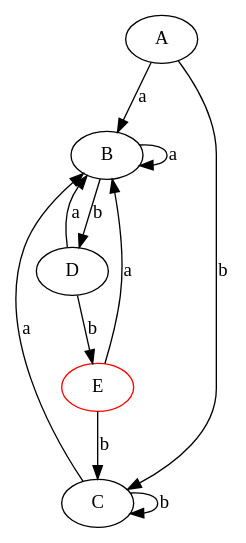
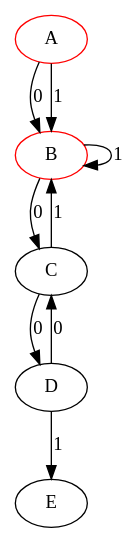
The diagram in TC/Construccion por SUbconjuntos/resultado.dot (ChrisChV/Semestre4), drawn with Graphviz before and after one commit. The commit also changed 28 other files, not shown here.

```diff
--- a/TC/Construccion por SUbconjuntos/resultado.dot
+++ b/TC/Construccion por SUbconjuntos/resultado.dot
@@ -1,18 +1,17 @@
 digraph{
+A [color = "green"];
 A
 B
 C
 D
-E
-A->B [label ="a"];
-A->C [label ="b"];
-B->B [label ="a"];
-B->D [label ="b"];
-C->B [label ="a"];
-C->C [label ="b"];
-D->B [label ="a"];
-D->E [label ="b"];
-E->B [label ="a"];
-E->C [label ="b"];
-E [color="red"]
+A->B [label ="0"];
+A->B [label ="1"];
+B->C [label ="0"];
+B->B [label ="1"];
+C->D [label ="0"];
+C->B [label ="1"];
+D->C [label ="0"];
+D->E [label ="1"];
+A [color="red"]
+B [color="red"]
 }
```
